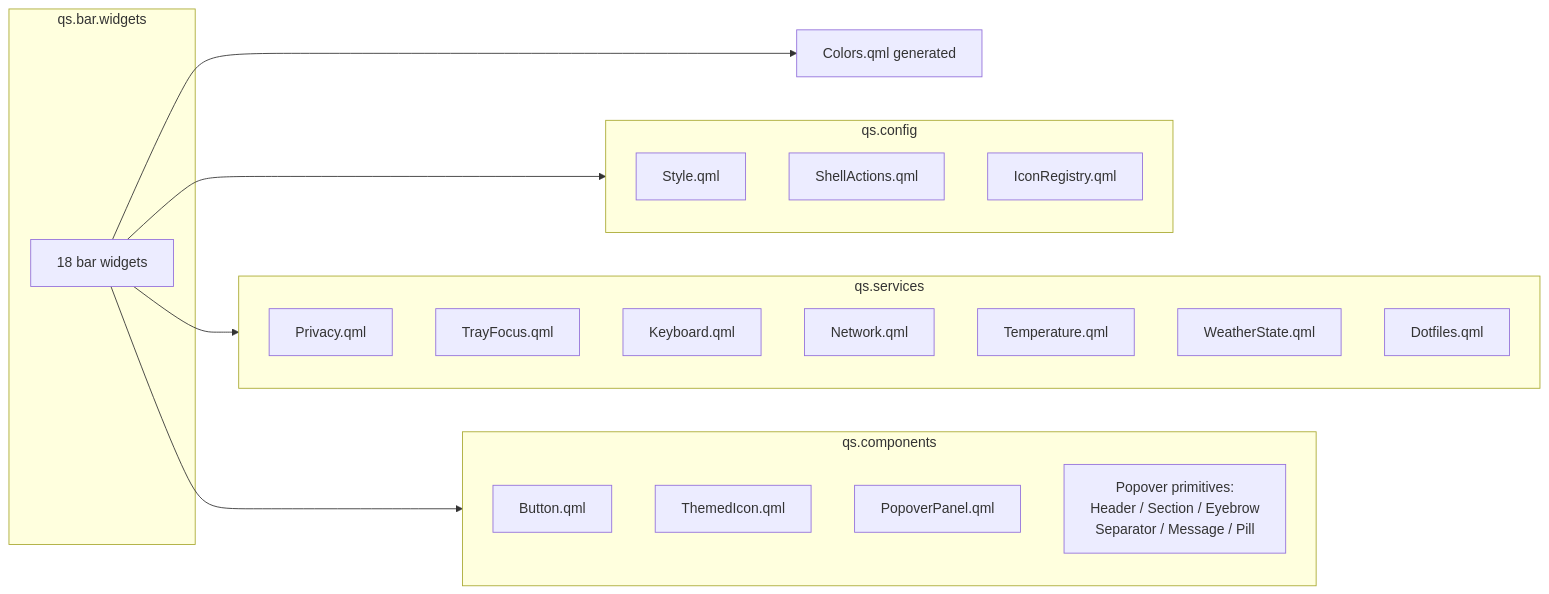
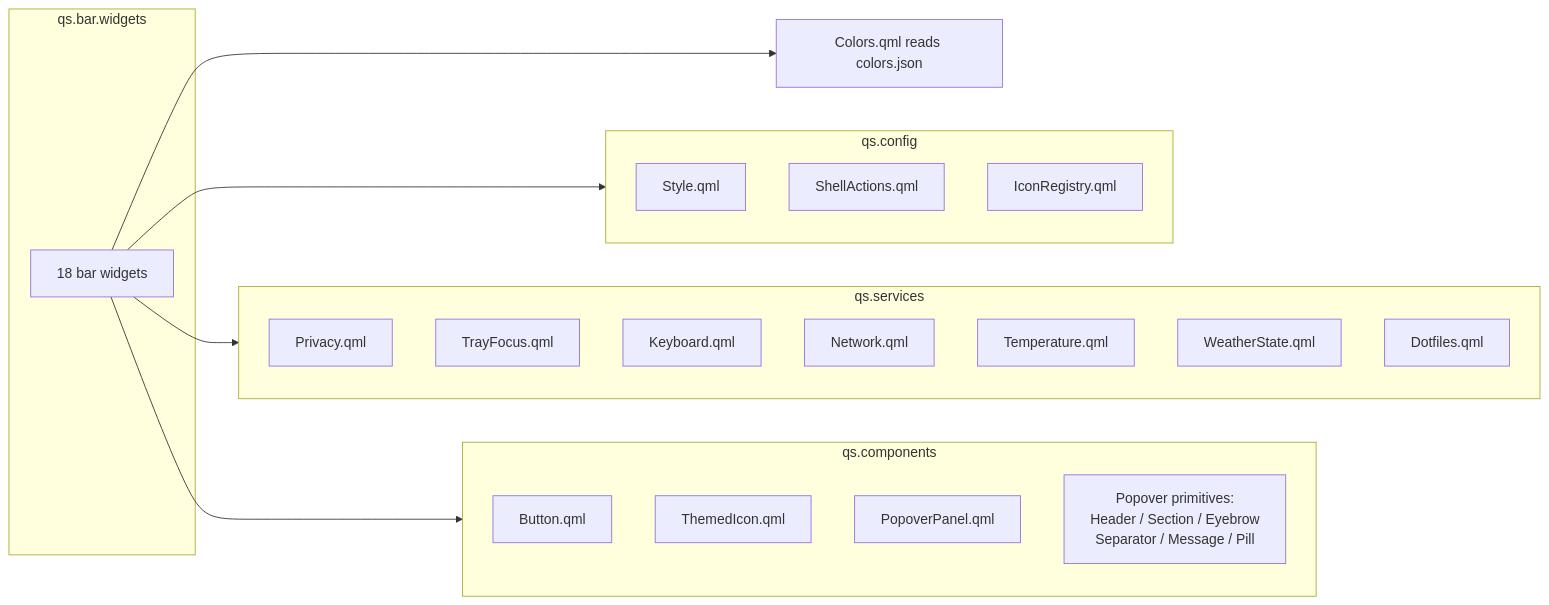
Before and after one commit to Genoux/dotfiles: the second of 4 diagrams in stow/quickshell/.config/quickshell/OVERVIEW.md, drawn with Mermaid. The commit also changed other lines of this file and 9 other files, not shown here.

First line of the commit message:
refactor(theme): read shell colours live from colors.json

````diff
--- a/stow/quickshell/.config/quickshell/OVERVIEW.md
+++ b/stow/quickshell/.config/quickshell/OVERVIEW.md
@@ -146,32 +146,32 @@
 ```mermaid
 graph LR
     subgraph qs.config
         Style[Style.qml]
         ShellActions[ShellActions.qml]
         IconRegistry[IconRegistry.qml]
     end
 
     subgraph qs.services
         Privacy[Privacy.qml]
         TrayFocus[TrayFocus.qml]
         Keyboard[Keyboard.qml]
         Network[Network.qml]
         Temperature[Temperature.qml]
         WeatherState[WeatherState.qml]
         Dotfiles[Dotfiles.qml]
     end
 
     subgraph qs.components
         Button[Button.qml]
         ThemedIcon[ThemedIcon.qml]
         PopoverPanel[PopoverPanel.qml]
         Primitives[Popover primitives:<br/>Header / Section / Eyebrow<br/>Separator / Message / Pill]
     end
 
     subgraph qs.bar.widgets
         W18[18 bar widgets]
     end
 
     W18 --> qs.config & qs.services & qs.components
-    W18 --> Colors[Colors.qml generated]
+    W18 --> Colors[Colors.qml reads colors.json]
 ```
````
